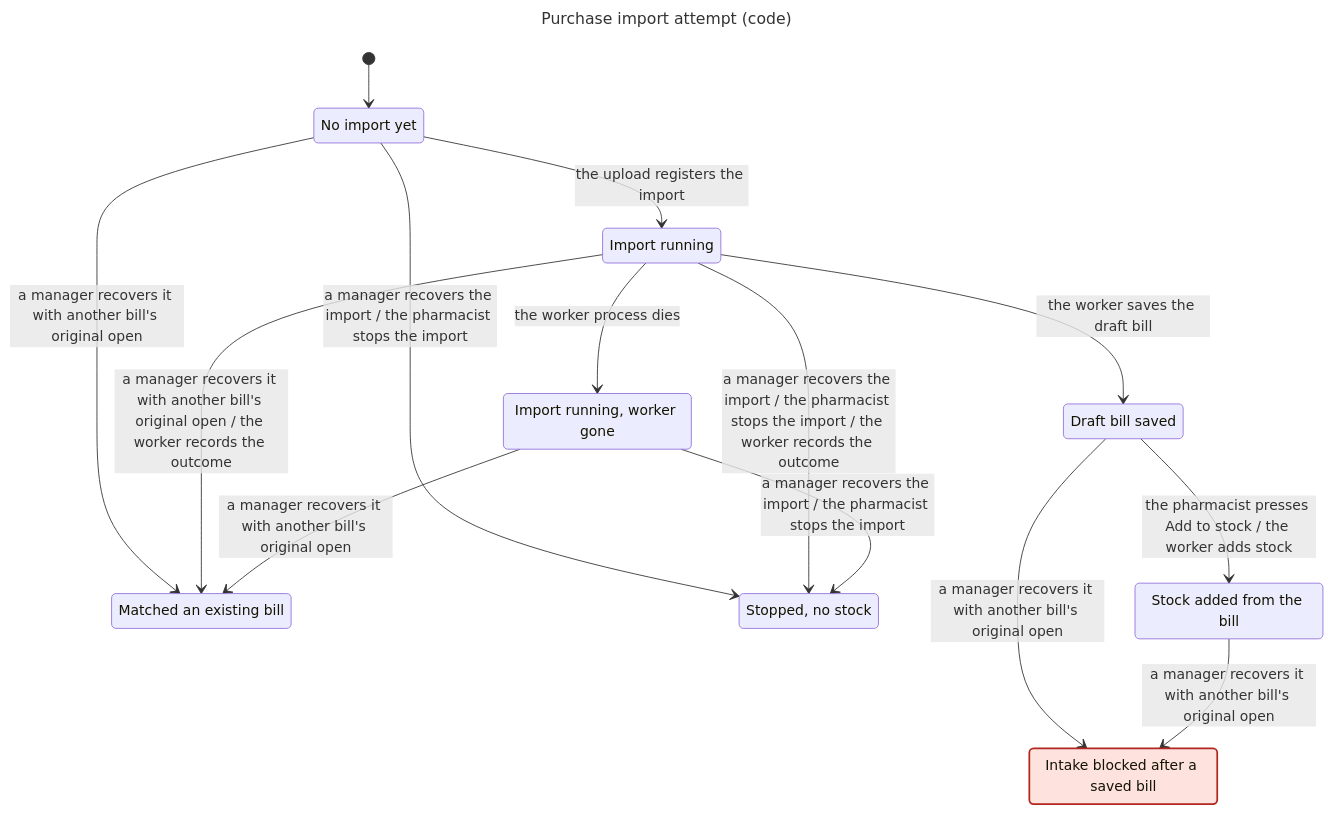
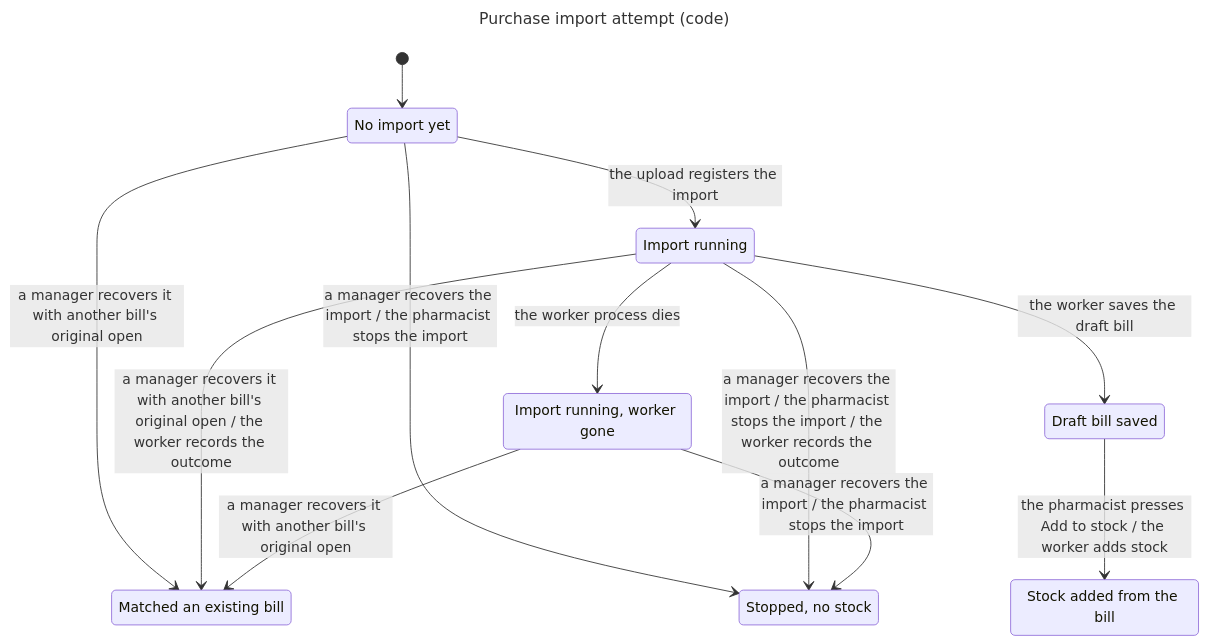
Before and after one commit to nareshshah139/Clinic_Management_System: the diagram in verification/state-machines/purchase-import/results/code.mmd, drawn with Mermaid. The commit also changed 8 other files, not shown here.

First line of the commit message:
Model the purchase import recovery that keeps a saved bill

```diff
--- a/verification/state-machines/purchase-import/results/code.mmd
+++ b/verification/state-machines/purchase-import/results/code.mmd
@@ -1,29 +1,25 @@
 ---
 title: "Purchase import attempt (code)"
 ---
 stateDiagram-v2
   state "No import yet" as s0
   state "Import running" as s1
   state "Matched an existing bill" as s2
   state "Stopped, no stock" as s3
   state "Draft bill saved" as s4
   state "Import running, worker gone" as s5
-  state "Intake blocked after a saved bill" as s6
-  state "Stock added from the bill" as s7
+  state "Stock added from the bill" as s6
   [*] --> s0
   s0 --> s1: the upload registers the import
   s0 --> s2: a manager recovers it with another bill's original open
   s0 --> s3: a manager recovers the import / the pharmacist stops the import
   s1 --> s2: a manager recovers it with another bill's original open / the worker records the outcome
   s1 --> s3: a manager recovers the import / the pharmacist stops the import / the worker records the outcome
   s1 --> s4: the worker saves the draft bill
   s1 --> s5: the worker process dies
-  s4 --> s6: a manager recovers it with another bill's original open
-  s4 --> s7: the pharmacist presses Add to stock / the worker adds stock
+  s4 --> s6: the pharmacist presses Add to stock / the worker adds stock
   s5 --> s2: a manager recovers it with another bill's original open
   s5 --> s3: a manager recovers the import / the pharmacist stops the import
-  s7 --> s6: a manager recovers it with another bill's original open
   classDef breaks fill:#fde2dd,stroke:#b3261e,stroke-width:2px
   classDef stuck fill:#fdf0d5,stroke:#a35a05,stroke-width:2px,stroke-dasharray:5 3
   classDef breaksAndStuck fill:#fde2dd,stroke:#a35a05,stroke-width:2px,stroke-dasharray:5 3
-  class s6 breaks
```
